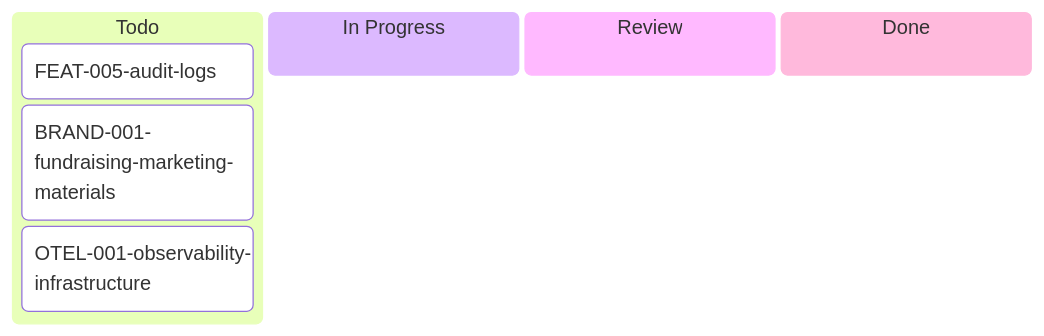
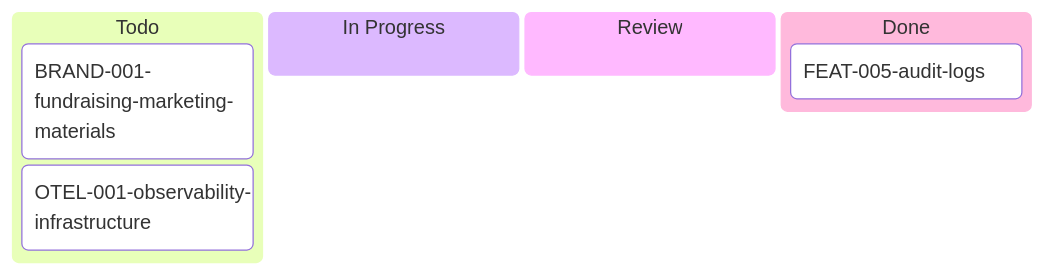
The diagram in tickets/kanban-hernan.md (inixiative/template), drawn with Mermaid before and after one commit. The commit also changed other lines of this file and 8 other files, not shown here.

````diff
--- a/tickets/kanban-hernan.md
+++ b/tickets/kanban-hernan.md
@@ -3,15 +3,15 @@
 ```mermaid
 ---
 config:
   kanban:
     ticketBaseUrl: 'https://github.com/yourorg/template/blob/main/tickets/#TICKET#'
 ---
 kanban
   Todo
-    FEAT-005-audit-logs
     BRAND-001-fundraising-marketing-materials
     OTEL-001-observability-infrastructure
   In Progress
   Review
   Done
+    FEAT-005-audit-logs
 ```
````
